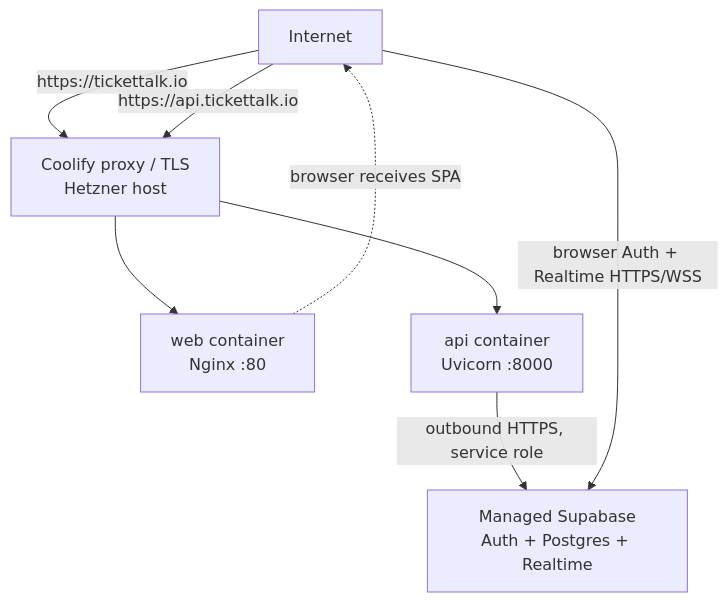
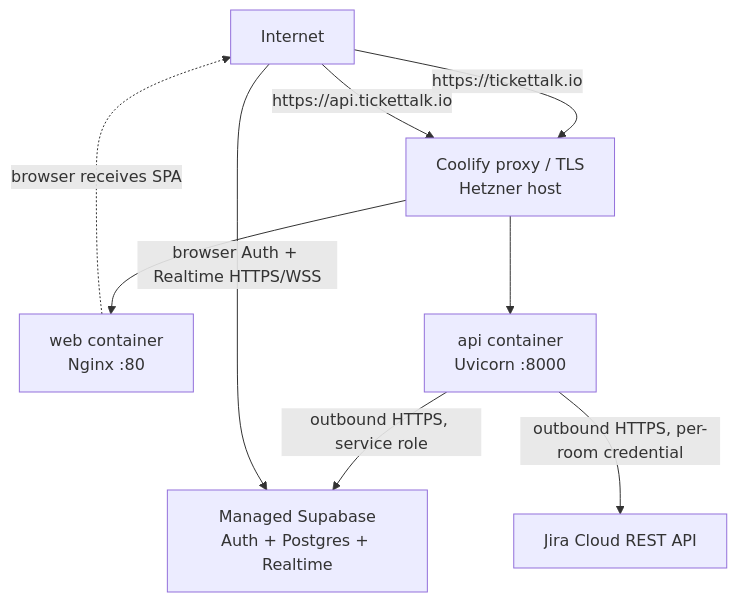
Before and after one commit to tomekpilat/tickettalk.io: the seventh of 7 diagrams in ARCHITECTURE.md, drawn with Mermaid. The commit also changed other lines of this file and 24 other files, not shown here.

Commit message:
Add room-scoped Jira JQL integration

````diff
--- a/ARCHITECTURE.md
+++ b/ARCHITECTURE.md
@@ -318,16 +374,18 @@
 ```mermaid
 flowchart TB
     Internet["Internet"]
     Coolify["Coolify proxy / TLS<br/>Hetzner host"]
     WebContainer["web container<br/>Nginx :80"]
     APIContainer["api container<br/>Uvicorn :8000"]
     Supabase["Managed Supabase<br/>Auth + Postgres + Realtime"]
+    JiraCloud["Jira Cloud REST API"]
 
     Internet -->|"https://tickettalk.io"| Coolify
     Internet -->|"https://api.tickettalk.io"| Coolify
     Coolify --> WebContainer
     Coolify --> APIContainer
     WebContainer -. "browser receives SPA" .-> Internet
     APIContainer -->|"outbound HTTPS, service role"| Supabase
+    APIContainer -->|"outbound HTTPS, per-room credential"| JiraCloud
     Internet -->|"browser Auth + Realtime HTTPS/WSS"| Supabase
 ```
````
